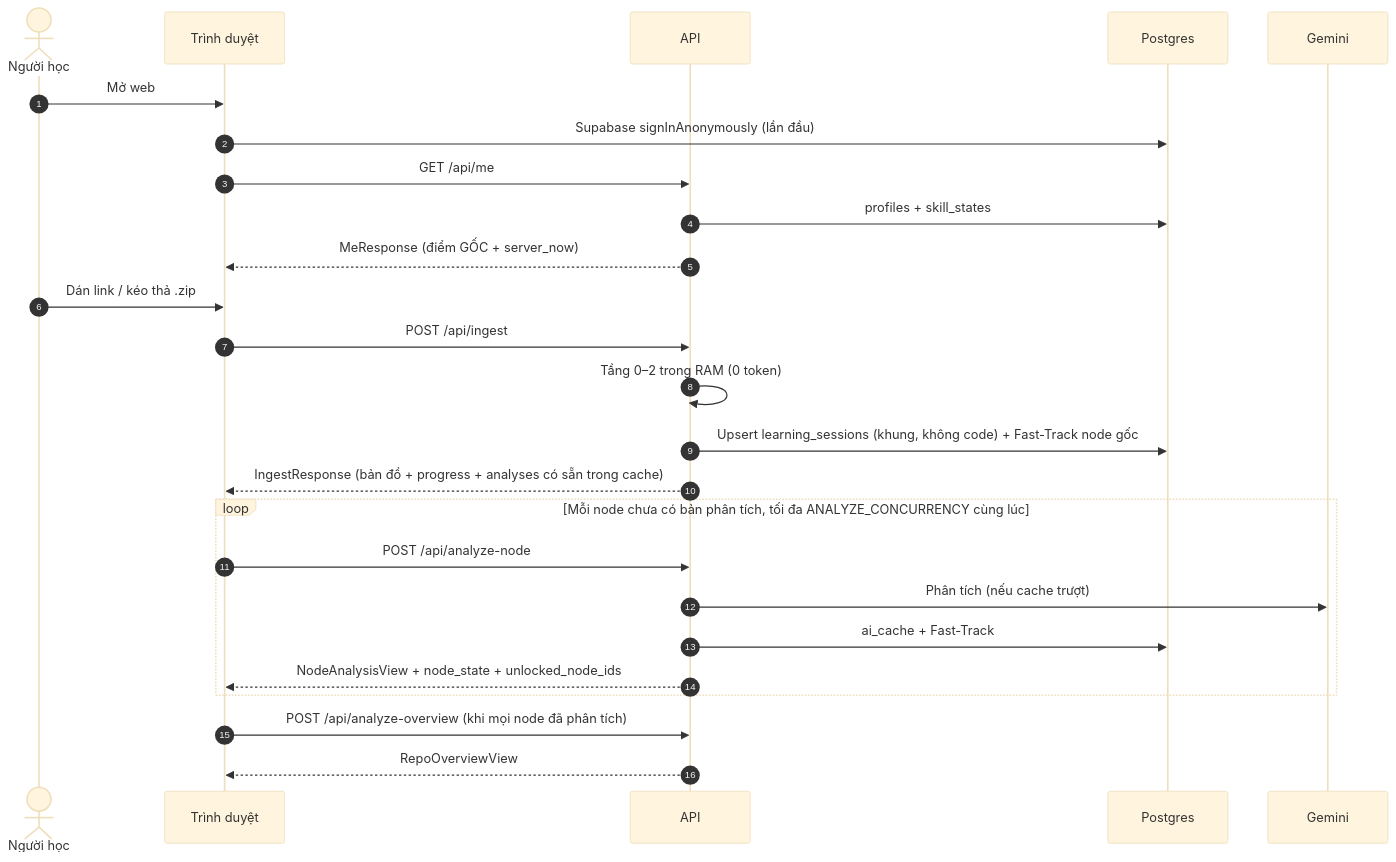
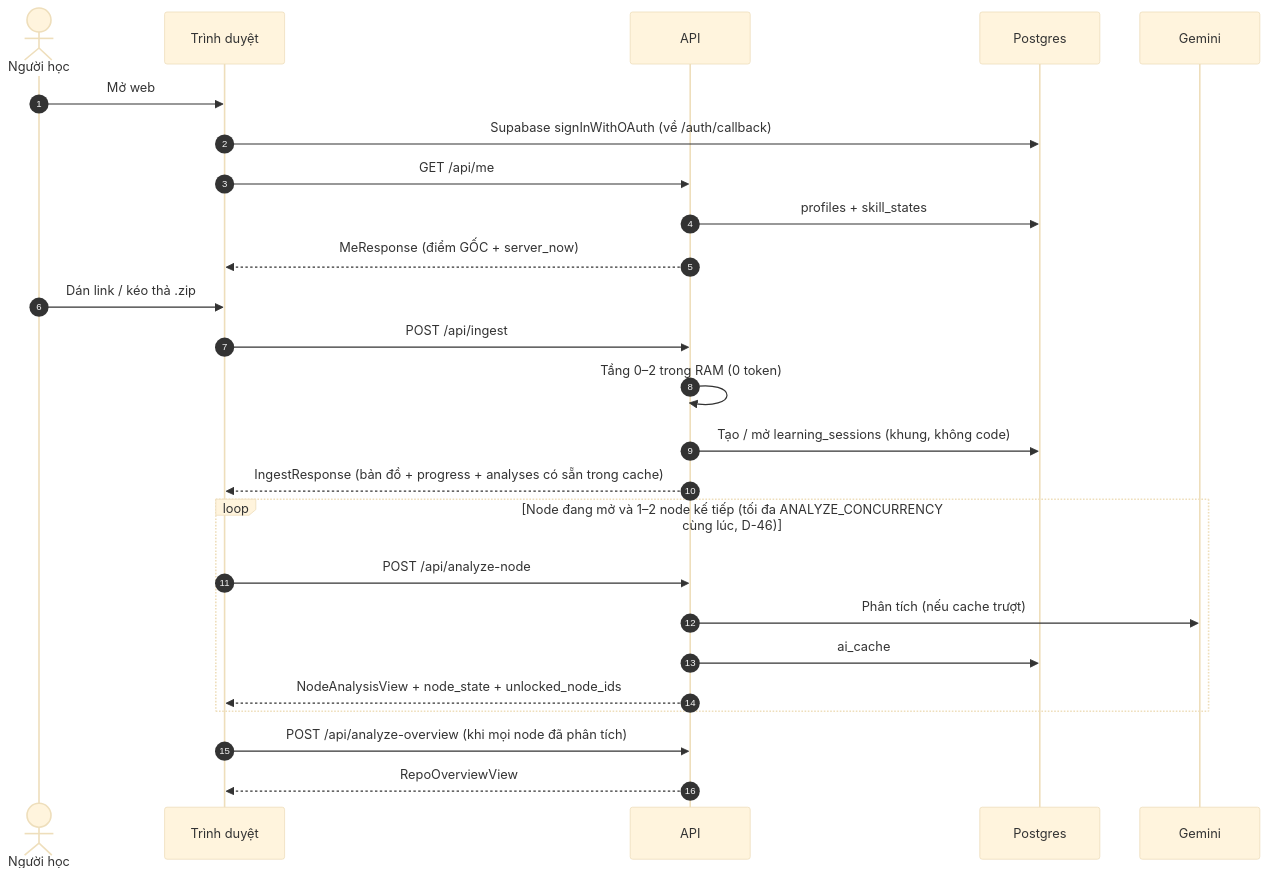
One commit to huynhthanhnhannnh-pixel/Hackathon_SGU changed the second of 4 diagrams in spec/01_KIEN_TRUC_VA_LUONG.md. Above: the diagram before and after it, drawn with Mermaid (base theme). The commit also changed other lines of this file and 41 other files, not shown here.

````diff
--- a/spec/01_KIEN_TRUC_VA_LUONG.md
+++ b/spec/01_KIEN_TRUC_VA_LUONG.md
@@ -85,27 +85,27 @@
 ```mermaid
 sequenceDiagram
     autonumber
     actor U as Người học
     participant FE as Trình duyệt
     participant BE as API
     participant DB as Postgres
     participant AI as Gemini
     U->>FE: Mở web
-    FE->>DB: Supabase signInAnonymously (lần đầu)
+    FE->>DB: Supabase signInWithOAuth (về /auth/callback)
     FE->>BE: GET /api/me
     BE->>DB: profiles + skill_states
     BE-->>FE: MeResponse (điểm GỐC + server_now)
     U->>FE: Dán link / kéo thả .zip
     FE->>BE: POST /api/ingest
     BE->>BE: Tầng 0–2 trong RAM (0 token)
-    BE->>DB: Upsert learning_sessions (khung, không code) + Fast-Track node gốc
+    BE->>DB: Tạo / mở learning_sessions (khung, không code)
     BE-->>FE: IngestResponse (bản đồ + progress + analyses có sẵn trong cache)
-    loop Mỗi node chưa có bản phân tích, tối đa ANALYZE_CONCURRENCY cùng lúc
+    loop Node đang mở và 1–2 node kế tiếp (tối đa ANALYZE_CONCURRENCY cùng lúc, D-46)
         FE->>BE: POST /api/analyze-node
         BE->>AI: Phân tích (nếu cache trượt)
-        BE->>DB: ai_cache + Fast-Track
+        BE->>DB: ai_cache
         BE-->>FE: NodeAnalysisView + node_state + unlocked_node_ids
     end
     FE->>BE: POST /api/analyze-overview (khi mọi node đã phân tích)
     BE-->>FE: RepoOverviewView
 ```
````
